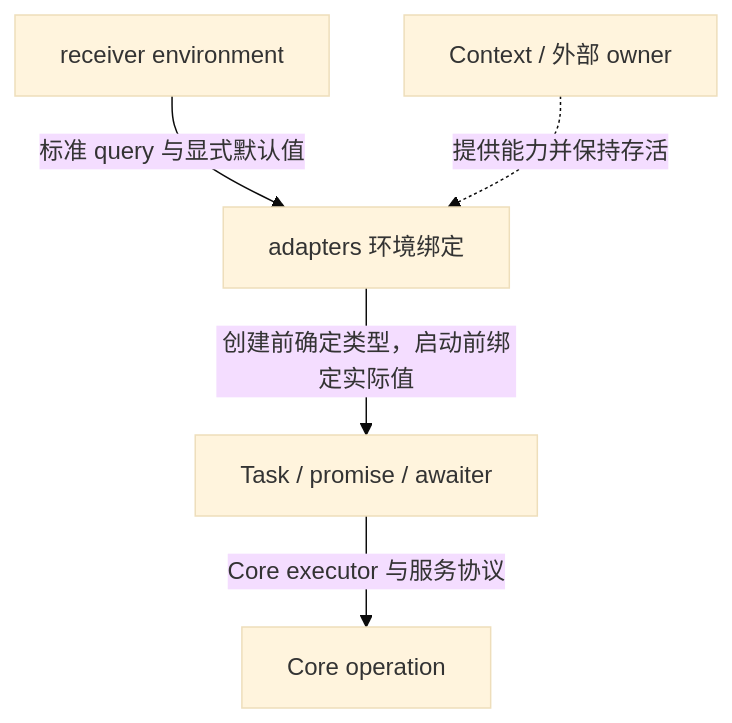
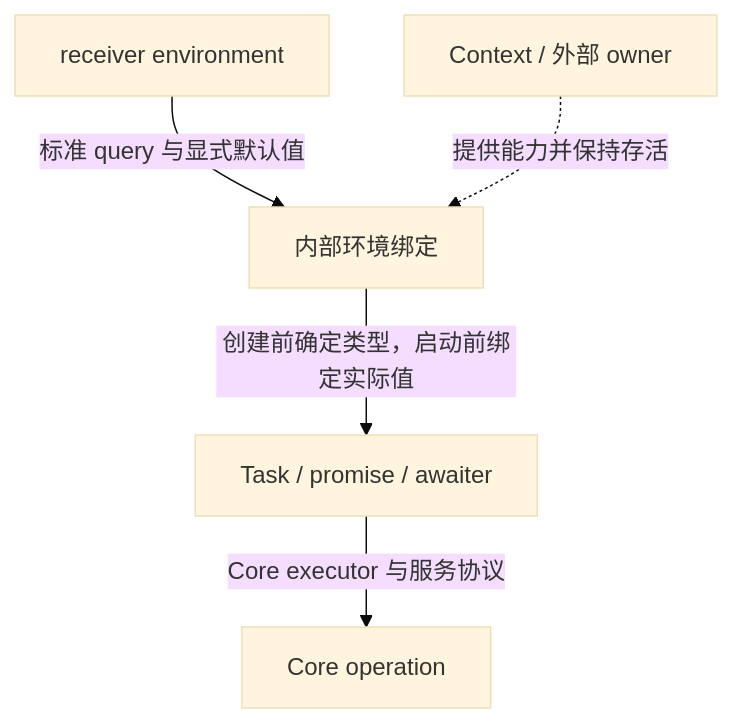
One commit to mmmmmcree/async changed the third of 4 diagrams in CORE_DESIGN.md. Above: the diagram before and after it, drawn with Mermaid (base theme). The commit also changed other lines of this file and 76 other files, not shown here.

````diff
--- a/CORE_DESIGN.md
+++ b/CORE_DESIGN.md
@@ -567,7 +649,7 @@
 ```mermaid
 flowchart TD
-    R["receiver environment"] -->|"标准 query 与显式默认值"| B["adapters 环境绑定"]
+    R["receiver environment"] -->|"标准 query 与显式默认值"| B["内部环境绑定"]
     B -->|"创建前确定类型，启动前绑定实际值"| T["Task / promise / awaiter"]
     T -->|"Core executor 与服务协议"| O["Core operation"]
     C["Context / 外部 owner"] -.->|"提供能力并保持存活"| B
 ```
````
